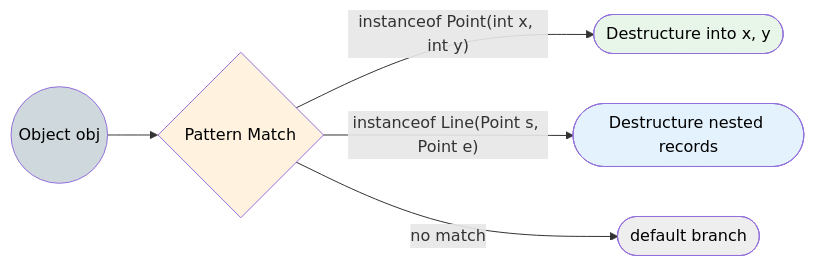
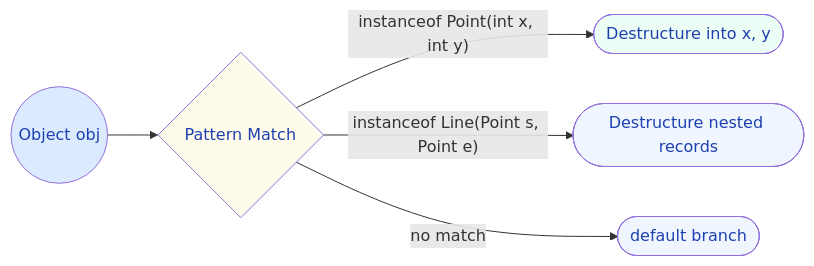
Before and after one commit to saivamsikaruturi/vamsilabs-dev-notes-main: the fourth of 6 diagrams in docs/java/ModernJava.md, drawn with Mermaid. The commit also changed other lines of this file and 220 other files, not shown here.

First line of the commit message:
Add 50+ new Java/Spring Boot pages, rewrite CSS code blocks to Oracle style, fix all diagram colors

````diff
--- a/docs/java/ModernJava.md
+++ b/docs/java/ModernJava.md
@@ -322,13 +322,13 @@
 ```mermaid
 flowchart LR
     A(("Object obj")) --> B{"Pattern Match"}
     B -->|"instanceof Point(int x, int y)"| C(["Destructure into x, y"])
     B -->|"instanceof Line(Point s, Point e)"| D(["Destructure nested records"])
     B -->|"no match"| E(["default branch"])
 
-    style A fill:#CFD8DC,color:#000
-    style B fill:#FFF3E0,color:#000
-    style C fill:#E8F5E9,color:#000
-    style D fill:#E3F2FD,color:#000
-    style E fill:#EEEEEE,color:#000
+    style A fill:#DBEAFE,color:#1E40AF
+    style B fill:#FFFBEB,color:#1E40AF
+    style C fill:#ECFDF5,color:#1E40AF
+    style D fill:#EFF6FF,color:#1E40AF
+    style E fill:#EFF6FF,color:#1E40AF
 ```
````
